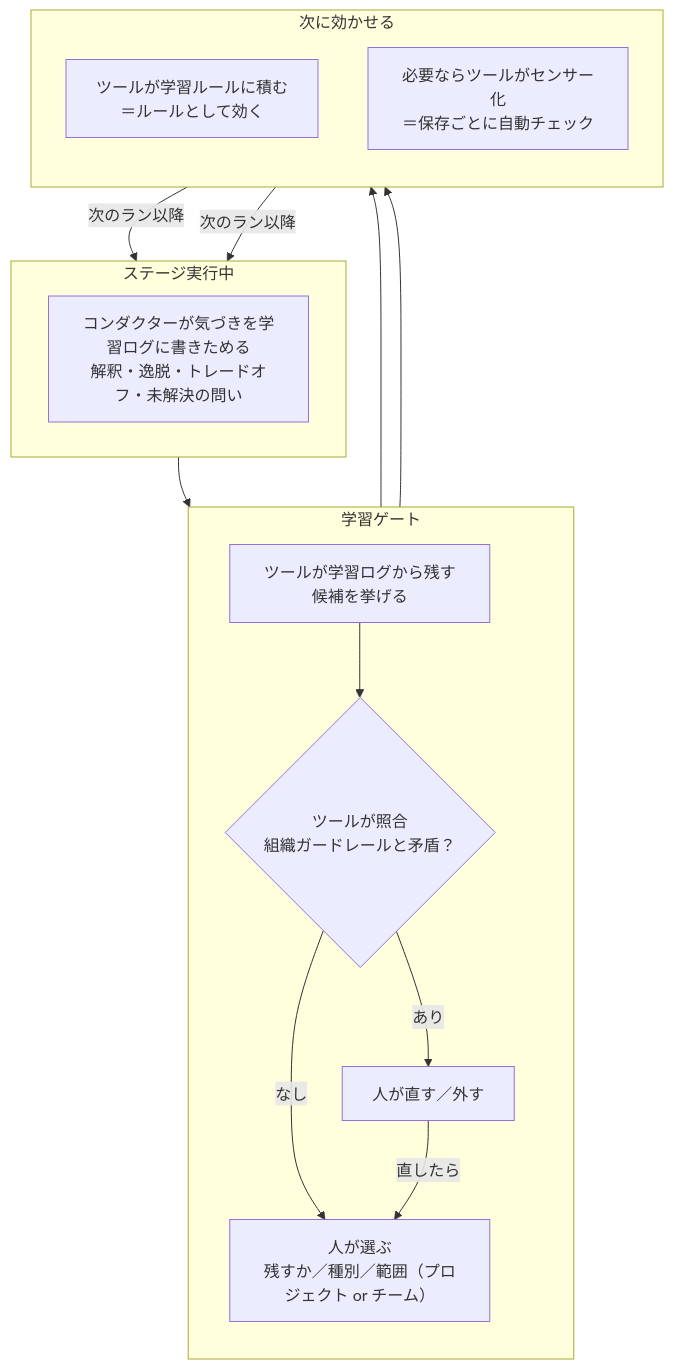
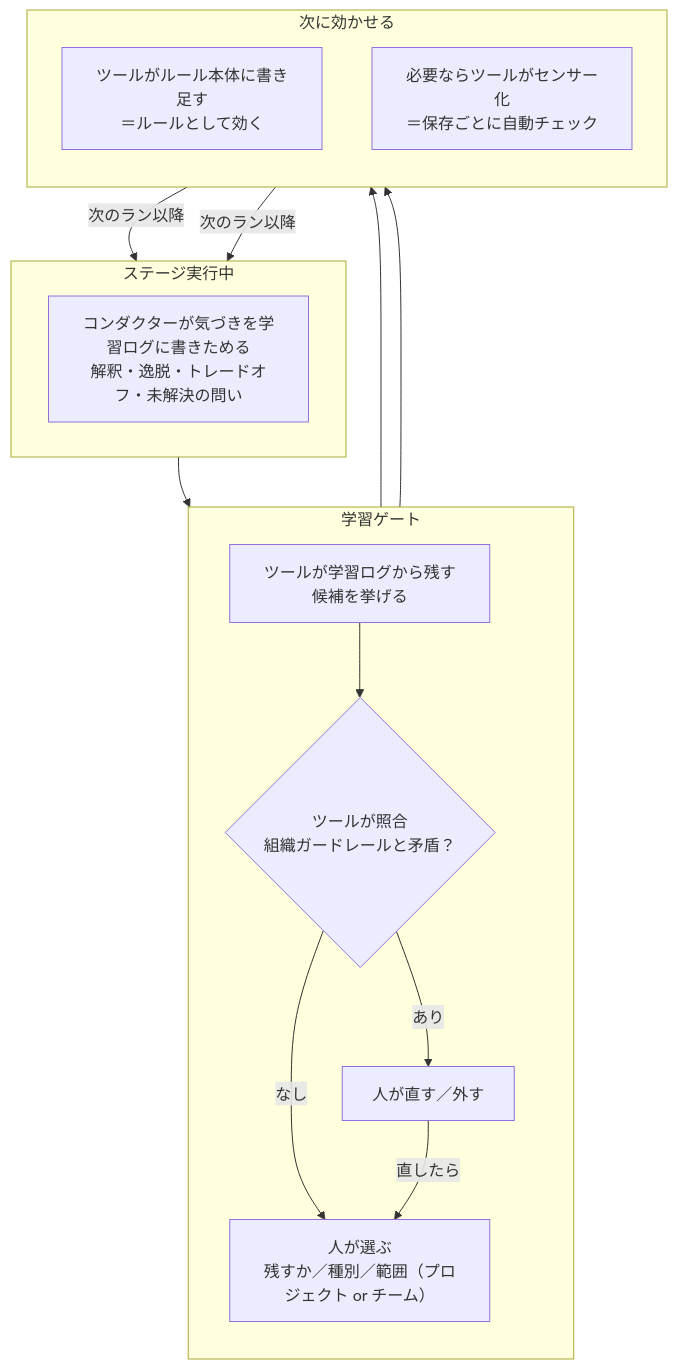
The third of 3 diagrams in public/aidlc-v2-02-concept-map.md (takeshishimada/qiita-docs), drawn with Mermaid before and after one commit. The commit also changed other lines of this file and 23 other files, not shown here.

````diff
--- a/public/aidlc-v2-02-concept-map.md
+++ b/public/aidlc-v2-02-concept-map.md
@@ -148,23 +148,23 @@
 ```mermaid
 flowchart TB
   subgraph RUN["ステージ実行中"]
     a1["コンダクターが気づきを学習ログに書きためる<br/>解釈・逸脱・トレードオフ・未解決の問い"]
   end
   subgraph GATE["学習ゲート"]
     direction TB
     b1["ツールが学習ログから残す候補を挙げる"] --> b2{"ツールが照合<br/>組織ガードレールと矛盾？"}
     b2 -->|"あり"| b3["人が直す／外す"]
     b2 -->|"なし"| b4["人が選ぶ<br/>残すか／種別／範囲（プロジェクト or チーム）"]
     b3 -->|"直したら"| b4
   end
   subgraph KEEP["次に効かせる"]
     direction TB
-    c1["ツールが学習ルールに積む<br/>＝ルールとして効く"]
+    c1["ツールがルール本体に書き足す<br/>＝ルールとして効く"]
     c2["必要ならツールがセンサー化<br/>＝保存ごとに自動チェック"]
   end
   RUN --> GATE
   b4 --> c1
   b4 --> c2
   c1 -->|"次のラン以降"| RUN
   c2 -->|"次のラン以降"| RUN
 ```
````
